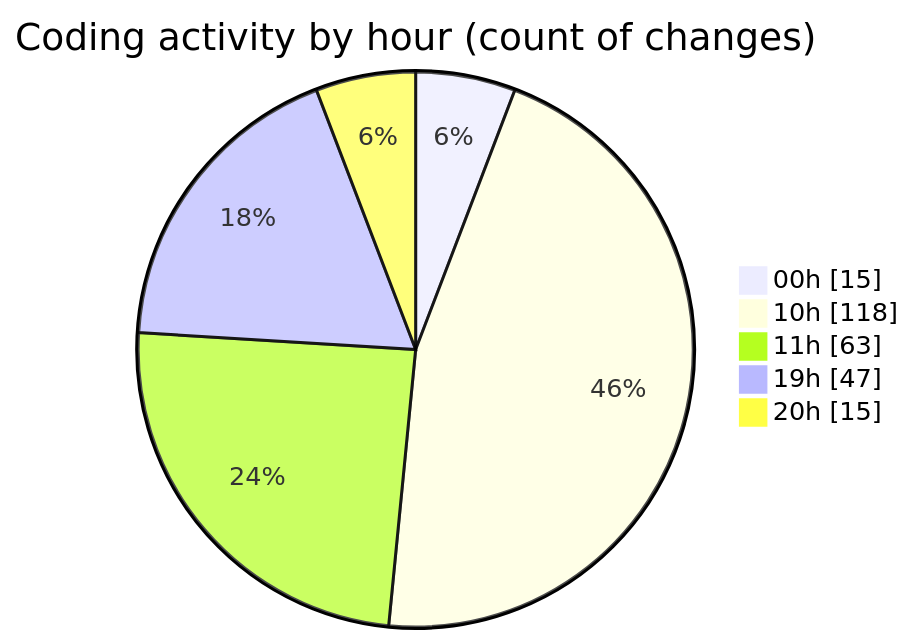
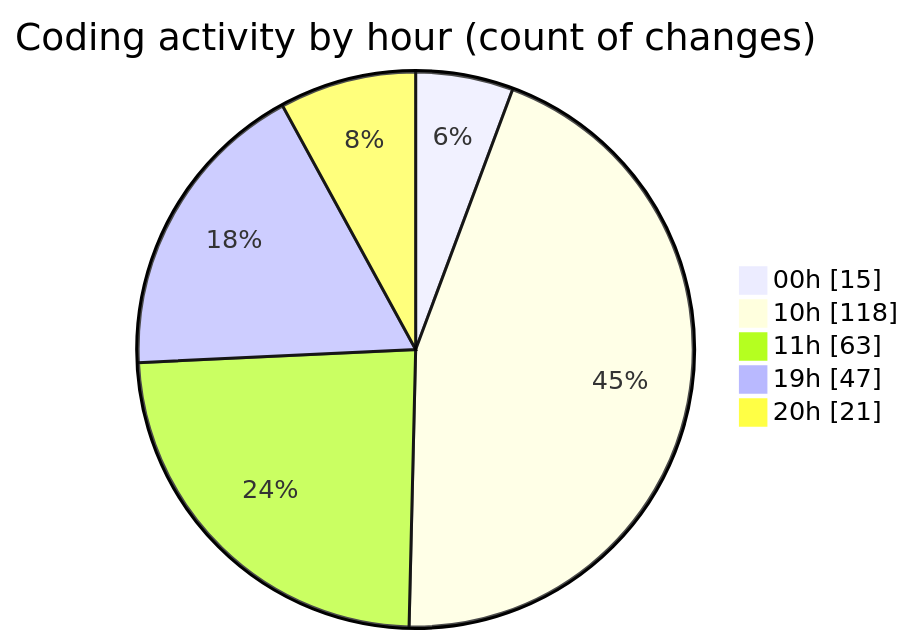
The second of 2 diagrams in 2026-01-11/dsa/README.md (Ritupan-Deka/code-tracking), drawn with Mermaid before and after one commit. The commit also changed other lines of this file and 1 other file, not shown here.

````diff
--- a/2026-01-11/dsa/README.md
+++ b/2026-01-11/dsa/README.md
@@ -29,9 +29,9 @@
 ```mermaid
 pie showData
 title Coding activity by hour (count of changes)
 "00h" : 15
 "10h" : 118
 "11h" : 63
 "19h" : 47
-"20h" : 15
+"20h" : 21
 ```
````
